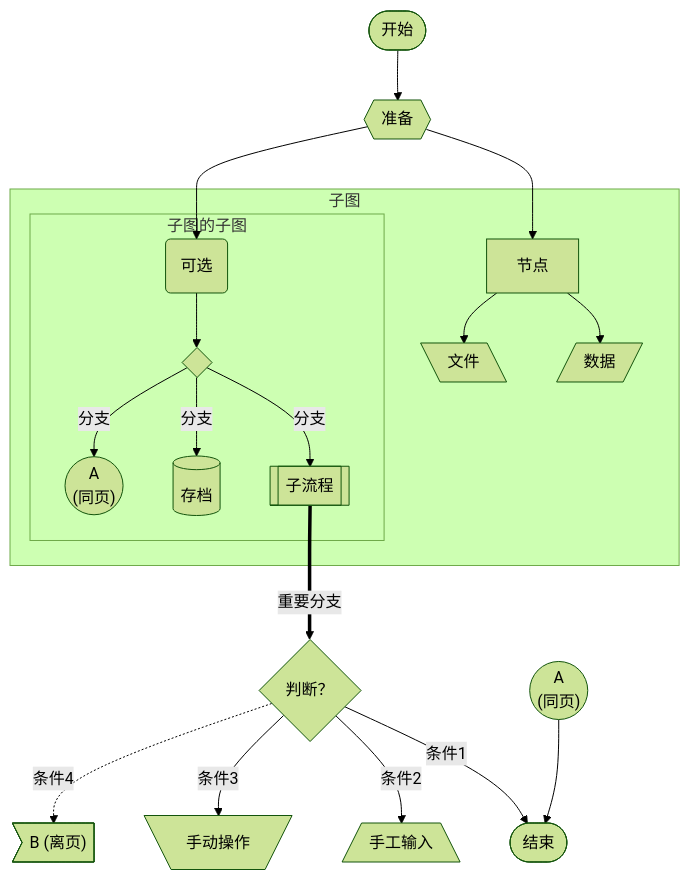
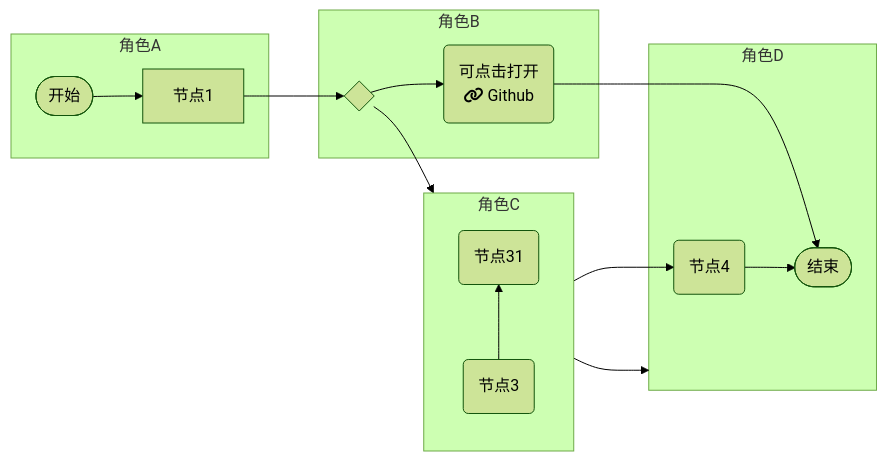
One commit to MadMaxChow/VLOOK changed the third of 20 diagrams in released/demo/chart.md. Above: the diagram before and after it, drawn with Mermaid (forest theme). The commit also changed other lines of this file and 88 other files, not shown here.

````diff
--- a/released/demo/chart.md
+++ b/released/demo/chart.md
@@ -130,31 +144,32 @@
 ```mermaid
-flowchart TB
+flowchart LR
 %% 图的方向说明
 %% LR：从左到图，RL：从右到左，TB：从上到下，BT：从下到上
 
-%% 连续连接
-START([开始]) --> pre1{{准备}} --> node2[节点]
-pre1 --> node1(可选)
-
-subgraph 子图
-  subgraph 子图的子图
-    %% 一对多
-    node1 --> join1{ }
-    join1 --> |分支|groud1[[子流程]] & database[(存档)] & inpage1(("A<br>(同页)"))
-    %% click clickable "#Mermaid 的状态图"
-  end  	
-node2 --> data1[/数据/]
-node2 --> data2[\文件\]
+%% 角色A 相关的流程节点
+subgraph 角色A
+  START([开始]) --> node1[节点1]
 end
 
-%% this is a comment
+%% 角色B 相关的流程节点
+subgraph 角色B
+  node1 --> join1{ } --> node2("可点击打开<br>fa:fa-link Github")
+  click node2 "https://www.github.com" _blank
+end
+node2 --> END
 
-groud1 ==> |重要分支|cond1{"判断？"}
-cond1 --> |条件1|END
-cond1 --> |条件2|B[/手工输入\]
-cond1 --> |条件3|B2[\手动操作/]
-cond1 -.-> |条件4|outpage2>"B (离页)"]
+%% 角色C 相关的流程节点
+subgraph 角色C
+	direction BT
+  join1 --> node3(节点3) --> node31(节点31)
+end
 
-inpage2(("A<br>(同页)")) --> END
+%% 角色D 相关的流程节点
+subgraph 角色D
+  node31 --> node4(节点4) --> END
+end
+
+角色C --> 角色D
+
 END([结束])
 ```
````
